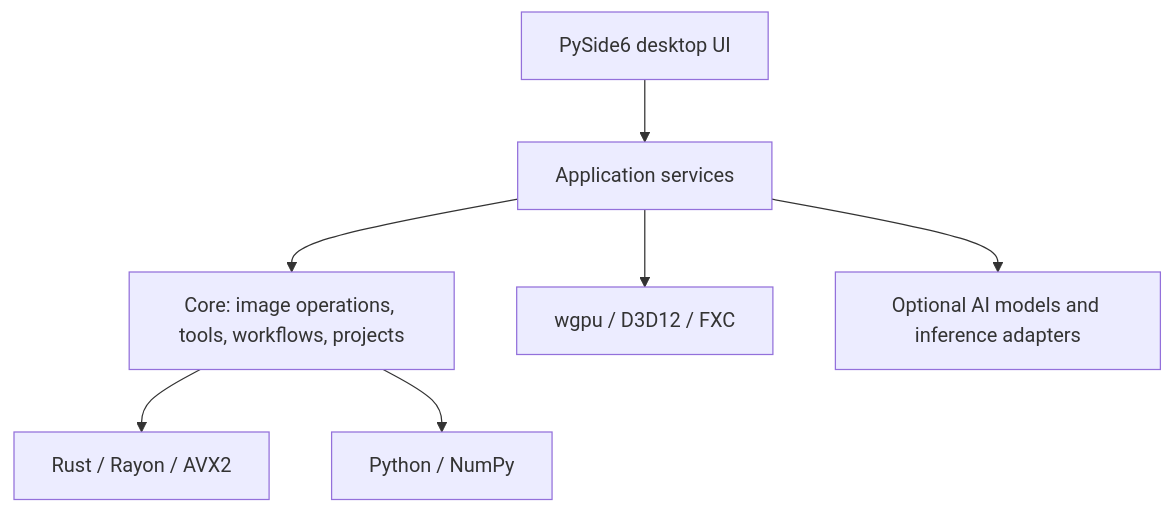
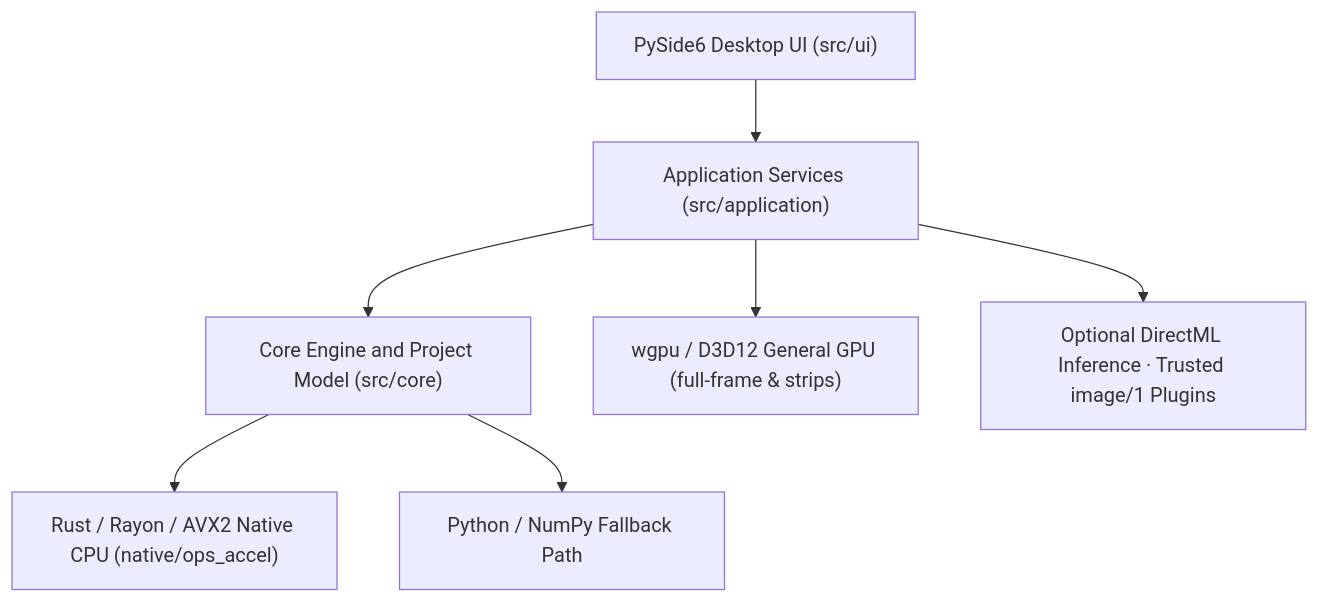
Before and after one commit to KpTanl/OpenPictureStudio: the first of 2 diagrams in open-docs/architecture.en.md, drawn with Mermaid. The commit also changed other lines of this file and 35 other files, not shown here.

````diff
--- a/open-docs/architecture.en.md
+++ b/open-docs/architecture.en.md
@@ -11,9 +11,9 @@
 ```mermaid
 flowchart TD
-    UI[PySide6 desktop UI] --> APP[Application services]
-    APP --> CORE[Core: image operations, tools, workflows, projects]
-    CORE --> CPU[Rust / Rayon / AVX2]
-    APP --> GPU[wgpu / D3D12 / FXC]
-    CORE --> PY[Python / NumPy]
-    APP --> AI[Optional AI models and inference adapters]
+    UI["PySide6 Desktop UI (src/ui)"] --> APP["Application Services (src/application)"]
+    APP --> CORE["Core Engine and Project Model (src/core)"]
+    APP --> GPU["wgpu / D3D12 General GPU (full-frame & strips)"]
+    APP --> AI["Optional DirectML Inference · Trusted image/1 Plugins"]
+    CORE --> CPU["Rust / Rayon / AVX2 Native CPU (native/ops_accel)"]
+    CORE --> PY["Python / NumPy Fallback Path"]
 ```
````
